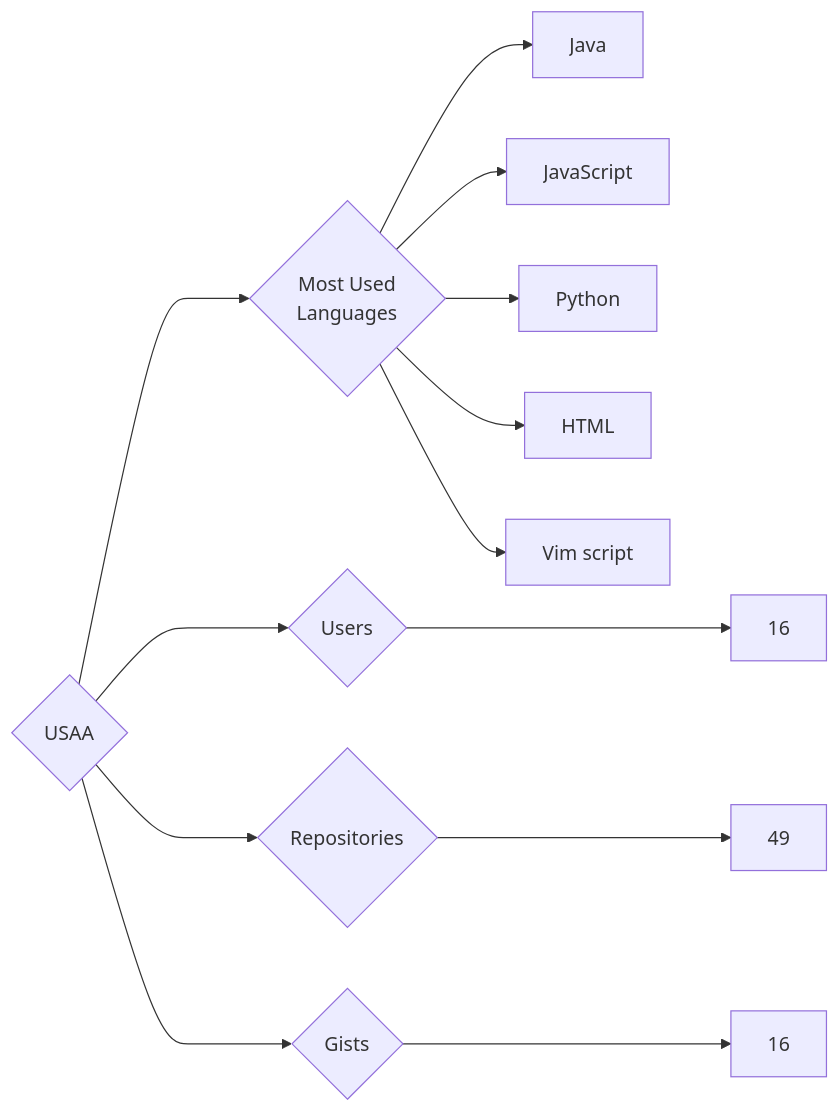
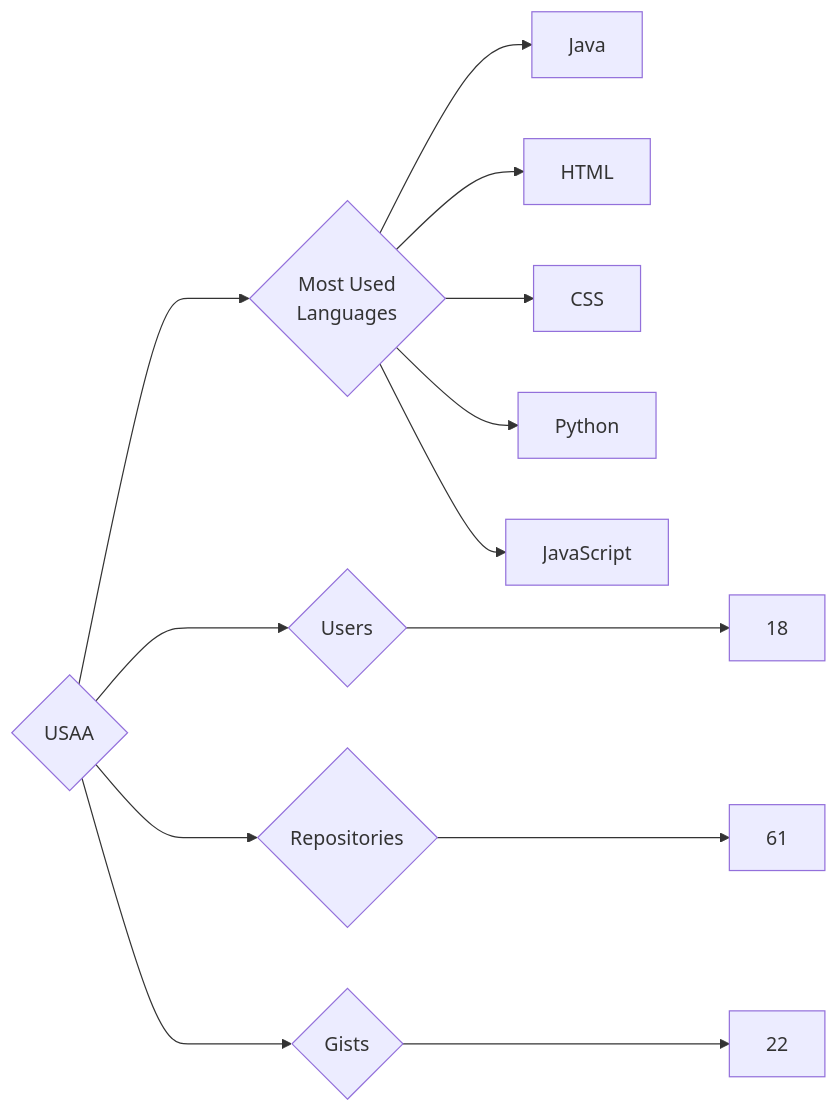
One commit to trickest/insiders changed the diagram in targets/USAA/README.md. Above: the diagram before and after it, drawn with Mermaid. The commit also changed 964 other files, not shown here.

````diff
--- a/targets/USAA/README.md
+++ b/targets/USAA/README.md
@@ -3,13 +3,13 @@
 ```mermaid
 graph LR
 COMPANY_NAME{USAA}
-COMPANY_NAME ---> U{Users} ---> UN[16]
-COMPANY_NAME ---> R{Repositories} ---> RN[49]
-COMPANY_NAME ---> G{Gists} ---> GN[16]
+COMPANY_NAME ---> U{Users} ---> UN[18]
+COMPANY_NAME ---> R{Repositories} ---> RN[61]
+COMPANY_NAME ---> G{Gists} ---> GN[22]
 COMPANY_NAME ---> ML{Most Used<br>Languages}
 ML --> Java[Java]
+ML --> HTML[HTML]
+ML --> CSS[CSS]
+ML --> Python[Python]
 ML --> JavaScript[JavaScript]
-ML --> Python[Python]
-ML --> HTML[HTML]
-ML --> Vim_script[Vim script]
 ```
````
